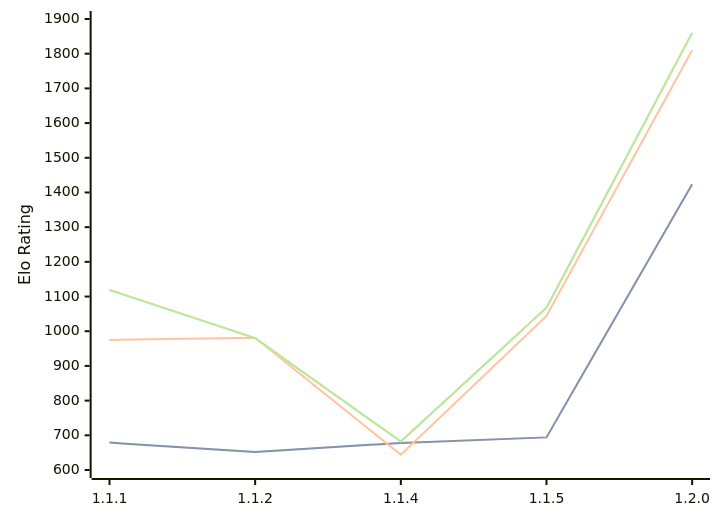
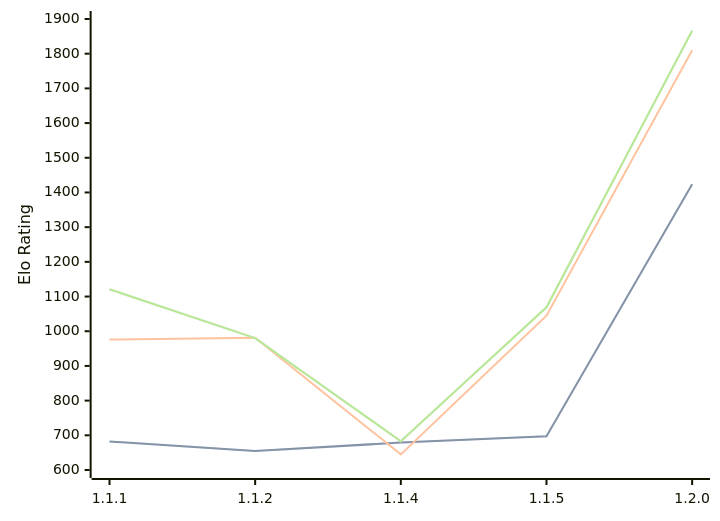
Before and after one commit to computer-chess-index/cci: the diagram in engines/ChessCore.md, drawn with Mermaid. The commit also changed other lines of this file, not shown here.

Commit message:
Update CCI Ratings (ELO VLTC) - 2026-08-09

````diff
--- a/engines/ChessCore.md
+++ b/engines/ChessCore.md
@@ -36,11 +36,11 @@
 ```mermaid
 %%{init: {"theme":"base","themeVariables":{"seriesColors:['#a3a3a3','#222221','#faa371']}}}%%
 xychart-beta
   x-axis ["1.1.1", "1.1.2", "1.1.4", "1.1.5", "1.2.0"]
   y-axis "Elo Rating" 600 --> 1900
-  line "STC (8.0+0.08s)" [679, 652, 678, 694, 1424]
-  line "STC (8.0+0.08s)" [679, 652, 678, 694, 1424]
-  line "LTC (60.0+0.60s)" [975, 981, 644, 1044, 1810]
-  line "VLTC (2m24s+1.12s)" [1119, 980, 682, 1068, 1860]
-  line "VLTC (2m24s+1.12s)" [1119, 980, 682, 1068, 1860]
+  line "STC (8.0+0.08s)" [682, 655, 679, 697, 1424]
+  line "STC (8.0+0.08s)" [682, 655, 679, 697, 1424]
+  line "LTC (60.0+0.60s)" [976, 981, 645, 1045, 1810]
+  line "VLTC (2m24s+1.12s)" [1121, 980, 683, 1069, 1866]
+  line "VLTC (2m24s+1.12s)" [1121, 980, 683, 1069, 1866]
 ```
````
